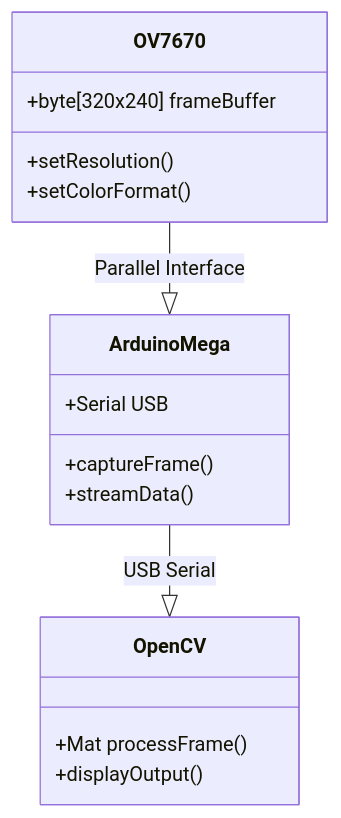
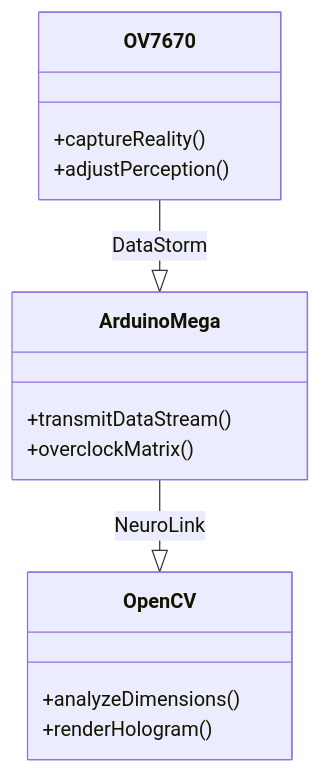
The second of 2 diagrams in README.md (Hope0351/arduino-camera-viewer), drawn with Mermaid before and after one commit. The commit also changed other lines of this file, not shown here.

````diff
--- a/README.md
+++ b/README.md
@@ -29,19 +71,17 @@
 ```mermaid
 classDiagram
     class OV7670 {
-        +byte[320x240] frameBuffer
-        +setResolution()
-        +setColorFormat()
+        +captureReality()
+        +adjustPerception()
     }
     class ArduinoMega {
-        +Serial USB
-        +captureFrame()
-        +streamData()
+        +transmitDataStream()
+        +overclockMatrix()
     }
     class OpenCV {
-        +Mat processFrame()
-        +displayOutput()
+        +analyzeDimensions()
+        +renderHologram()
     }
-    OV7670 --|> ArduinoMega : Parallel Interface
-    ArduinoMega --|> OpenCV : USB Serial
+    OV7670 --|> ArduinoMega : DataStorm
+    ArduinoMega --|> OpenCV : NeuroLink
 ```
````
